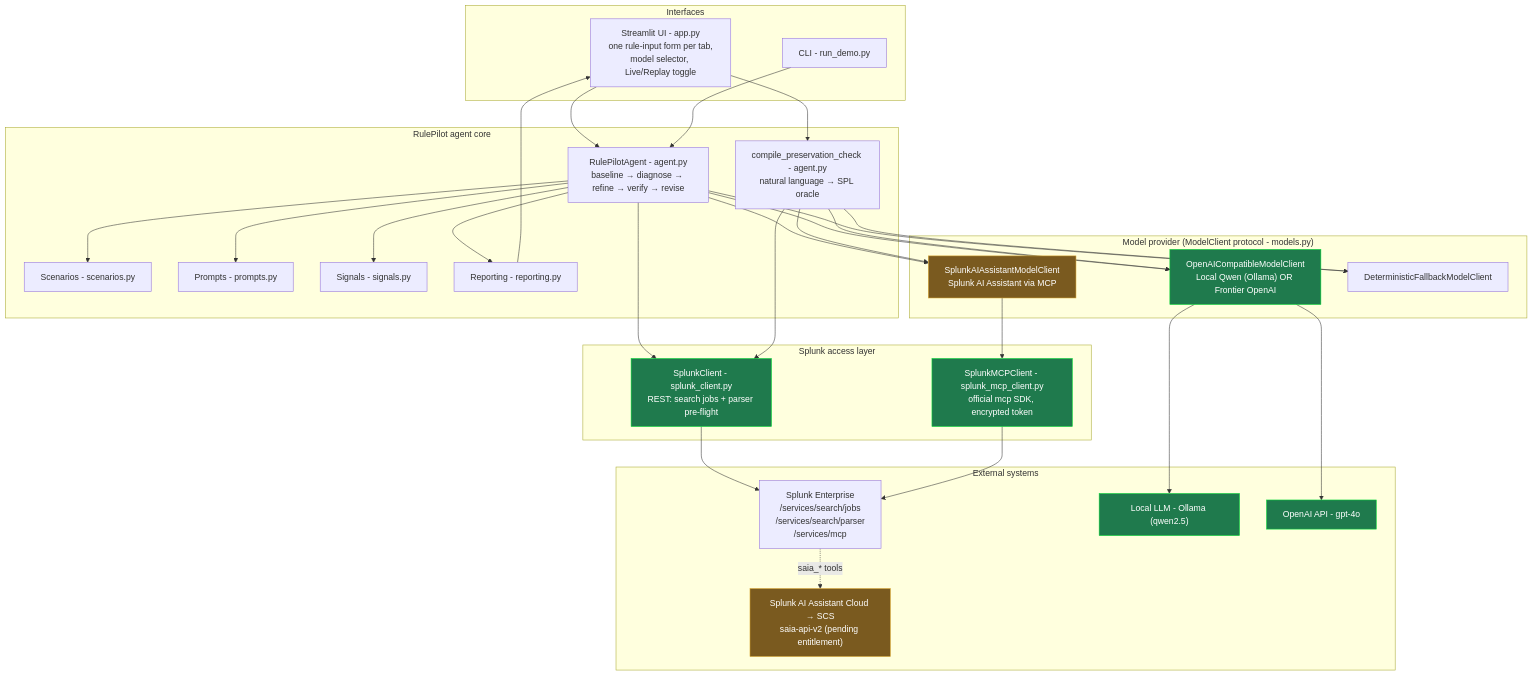
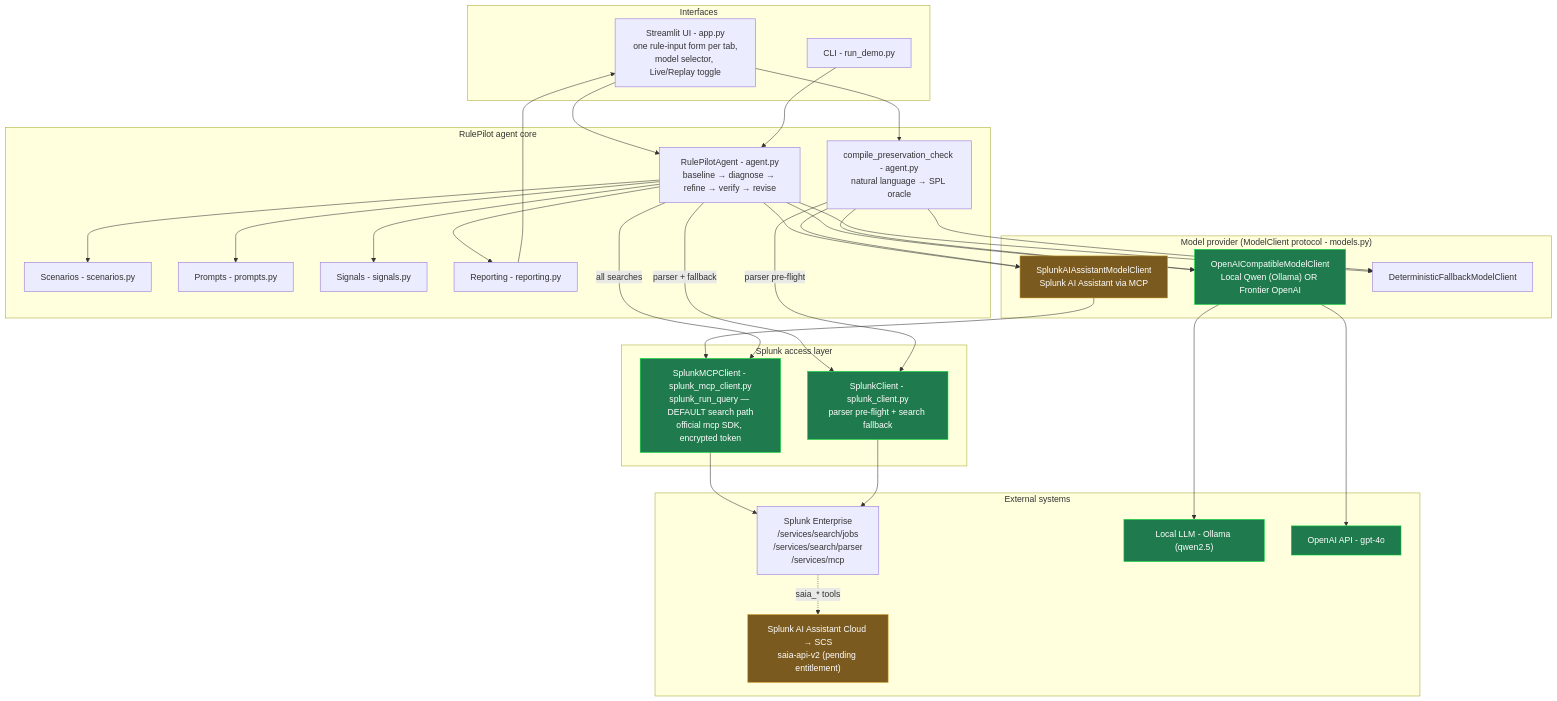
One commit to Elena6918/rule-pilot changed the first of 3 diagrams in architecture_diagram.md. Above: the diagram before and after it, drawn with Mermaid. The commit also changed other lines of this file and 8 other files, not shown here.

Commit message:
update readme and architecture

````diff
--- a/architecture_diagram.md
+++ b/architecture_diagram.md
@@ -29,58 +32,59 @@
 ```mermaid
 flowchart TB
     subgraph UI["Interfaces"]
         ST["Streamlit UI - app.py<br/>one rule-input form per tab,<br/>model selector, Live/Replay toggle"]
         CLI["CLI - run_demo.py"]
     end
 
     subgraph CORE["RulePilot agent core"]
         AGENT["RulePilotAgent - agent.py<br/>baseline → diagnose → refine → verify → revise"]
         COMPILE["compile_preservation_check - agent.py<br/>natural language → SPL oracle"]
         SCEN["Scenarios - scenarios.py"]
         PROMPT["Prompts - prompts.py"]
         SIG["Signals - signals.py"]
         REP["Reporting - reporting.py"]
     end
 
     subgraph MODEL["Model provider (ModelClient protocol - models.py)"]
         OAI["OpenAICompatibleModelClient<br/>Local Qwen (Ollama) OR Frontier OpenAI"]
         SAIA["SplunkAIAssistantModelClient<br/>Splunk AI Assistant via MCP"]
         DET["DeterministicFallbackModelClient"]
     end
 
     subgraph SPLUNK_IO["Splunk access layer"]
-        REST["SplunkClient - splunk_client.py<br/>REST: search jobs + parser pre-flight"]
-        MCP["SplunkMCPClient - splunk_mcp_client.py<br/>official mcp SDK, encrypted token"]
+        MCP["SplunkMCPClient - splunk_mcp_client.py<br/>splunk_run_query — DEFAULT search path<br/>official mcp SDK, encrypted token"]
+        REST["SplunkClient - splunk_client.py<br/>parser pre-flight + search fallback"]
     end
 
     subgraph EXT["External systems"]
         SPL["Splunk Enterprise<br/>/services/search/jobs<br/>/services/search/parser<br/>/services/mcp"]
         OLLAMA["Local LLM - Ollama (qwen2.5)"]
         OPENAI["OpenAI API - gpt-4o"]
         SCS["Splunk AI Assistant Cloud → SCS<br/>saia-api-v2 (pending entitlement)"]
     end
 
     ST --> AGENT
     ST --> COMPILE
     CLI --> AGENT
     AGENT --> SCEN & PROMPT & SIG & REP
     AGENT --> OAI & SAIA & DET
     COMPILE --> OAI & SAIA & DET
 
     OAI --> OLLAMA
     OAI --> OPENAI
     SAIA --> MCP
-    AGENT --> REST
-    COMPILE --> REST
+    AGENT -->|"all searches"| MCP
+    AGENT -->|"parser + fallback"| REST
+    COMPILE -->|"parser pre-flight"| REST
 
+    MCP --> SPL
     REST --> SPL
-    MCP --> SPL
     SPL -. "saia_* tools" .-> SCS
 
     REP --> ST
 
     classDef working fill:#1f7a4d,stroke:#0d3,color:#fff;
     classDef pending fill:#7a5a1f,stroke:#da3,color:#fff;
     class OAI,OPENAI,OLLAMA,REST,MCP working;
     class SAIA,SCS pending;
 ```
````
